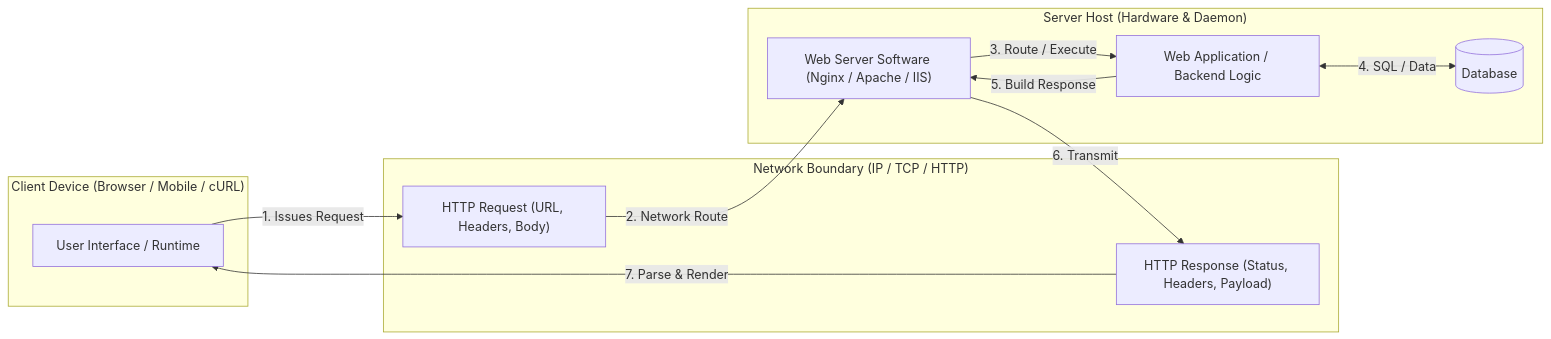
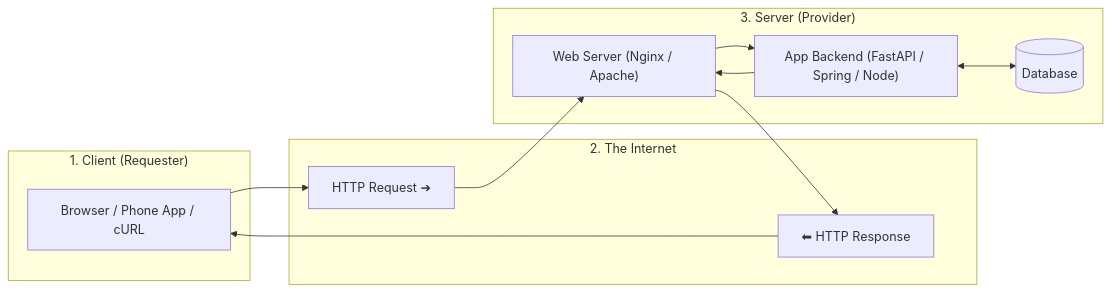
The first of 8 diagrams in IUT/Human/University/5th Sem/Server Programming/Server Programming Notes.md (Tamjid-R/Obsidian-Vault--4th-sem), drawn with Mermaid before and after one commit. The commit also changed other lines of this file and 1 other file, not shown here.

````diff
--- a/IUT/Human/University/5th Sem/Server Programming/Server Programming Notes.md
+++ b/IUT/Human/University/5th Sem/Server Programming/Server Programming Notes.md
@@ -52,25 +56,25 @@
 ```mermaid
 flowchart LR
-    subgraph ClientDevice ["Client Device (Browser / Mobile / cURL)"]
-        UI["User Interface / Runtime"]
+    subgraph ClientSide ["1. Client (Requester)"]
+        Browser["Browser / Phone App / cURL"]
     end
 
-    subgraph InternetBoundary ["Network Boundary (IP / TCP / HTTP)"]
-        Req["HTTP Request (URL, Headers, Body)"]
-        Res["HTTP Response (Status, Headers, Payload)"]
+    subgraph Network ["2. The Internet"]
+        Req["HTTP Request ➔"]
+        Res["⬅ HTTP Response"]
     end
 
-    subgraph ServerHost ["Server Host (Hardware & Daemon)"]
-        Daemon["Web Server Software (Nginx / Apache / IIS)"]
-        App["Web Application / Backend Logic"]
+    subgraph ServerSide ["3. Server (Provider)"]
+        ServerSoftware["Web Server (Nginx / Apache)"]
+        AppLogic["App Backend (FastAPI / Spring / Node)"]
         DB[(Database)]
     end
 
-    UI -->|1. Issues Request| Req
-    Req -->|2. Network Route| Daemon
-    Daemon -->|3. Route / Execute| App
-    App <-->|4. SQL / Data| DB
-    App -->|5. Build Response| Daemon
-    Daemon -->|6. Transmit| Res
-    Res -->|7. Parse & Render| UI
+    Browser --> Req
+    Req --> ServerSoftware
+    ServerSoftware --> AppLogic
+    AppLogic <--> DB
+    AppLogic --> ServerSoftware
+    ServerSoftware --> Res
+    Res --> Browser
 ```
````
